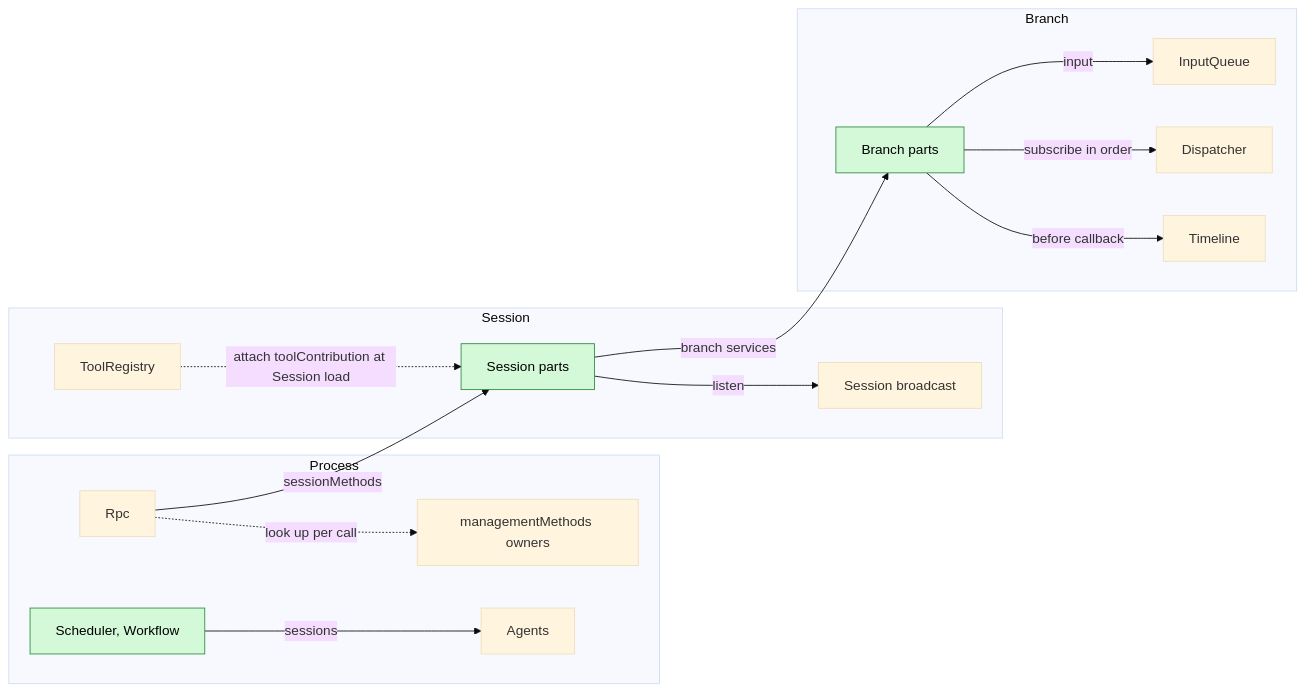
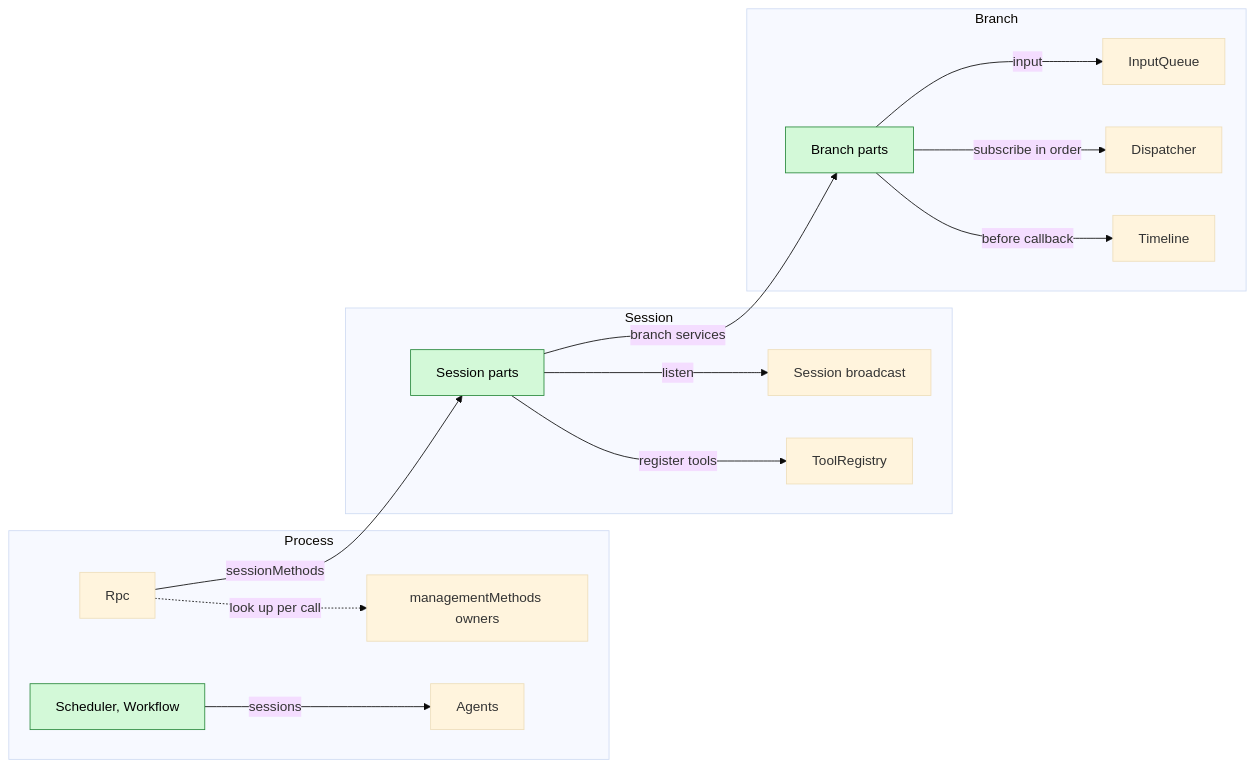
One commit to CoutinhoTTS/dim-agent changed the second of 8 diagrams in docs/design/overview.md. Above: the diagram before and after it, drawn with Mermaid (base theme). The commit also changed other lines of this file and 101 other files, not shown here.

First line of the commit message:
Tools, tool sources and prompt sources register with their owner (R6)

````diff
--- a/docs/design/overview.md
+++ b/docs/design/overview.md
@@ -104,31 +104,31 @@
 ```mermaid
 flowchart LR
   classDef new fill:#d3f9d8,stroke:#2b8a3e,color:#000
 
   subgraph PROC["Process"]
     Rpc["Rpc"]
     Agents["Agents"]
     SchedP["Scheduler, Workflow"]:::new
     MM["managementMethods owners"]
   end
   subgraph SES["Session"]
     TR["ToolRegistry"]
     BC["Session broadcast"]
     SP["Session parts"]:::new
   end
   subgraph BR["Branch"]
     TL["Timeline"]
     DP["Dispatcher"]
     IQ["InputQueue"]
     BP["Branch parts"]:::new
   end
   Rpc -.->|"look up per call"| MM
   Rpc -->|"sessionMethods"| SP
-  TR -.->|"attach toolContribution at Session load"| SP
+  SP -->|"register tools"| TR
   SP -->|"listen"| BC
   BP -->|"before callback"| TL
   BP -->|"subscribe in order"| DP
   BP -->|"input"| IQ
   SchedP -->|"sessions"| Agents
   SP -->|"branch services"| BP
 ```
````
